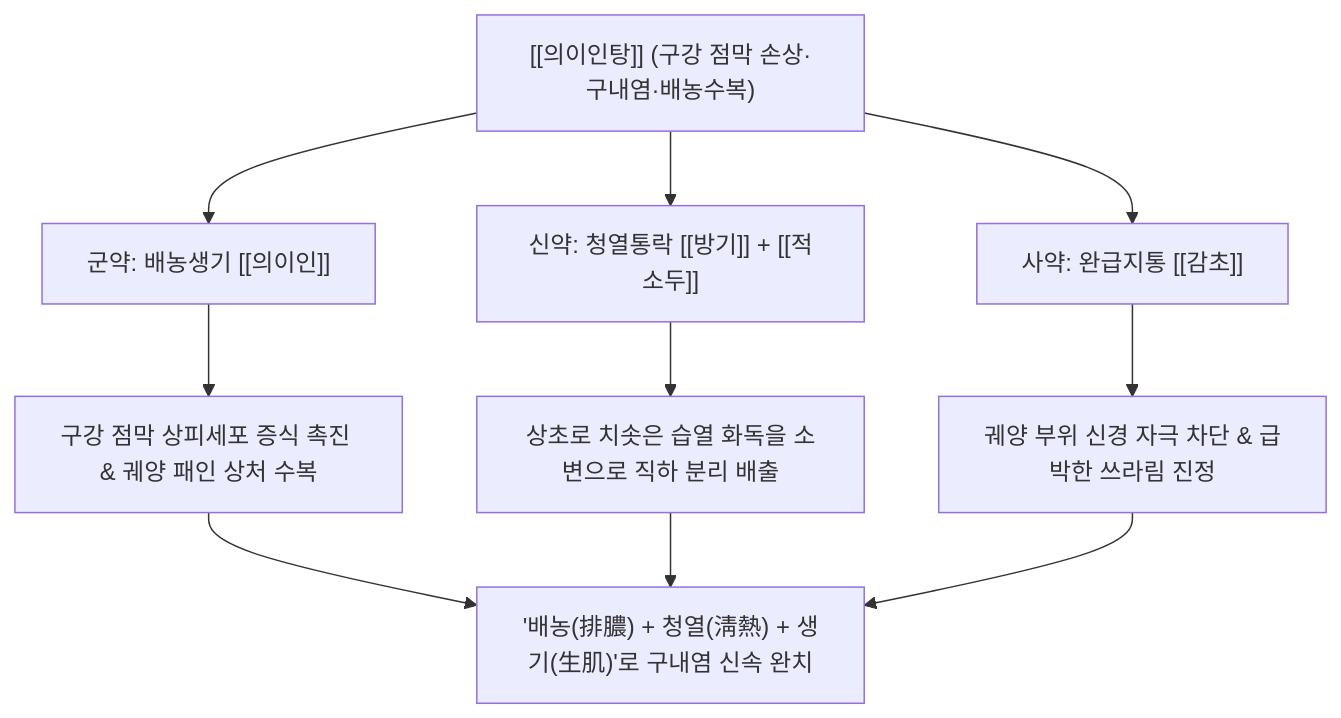
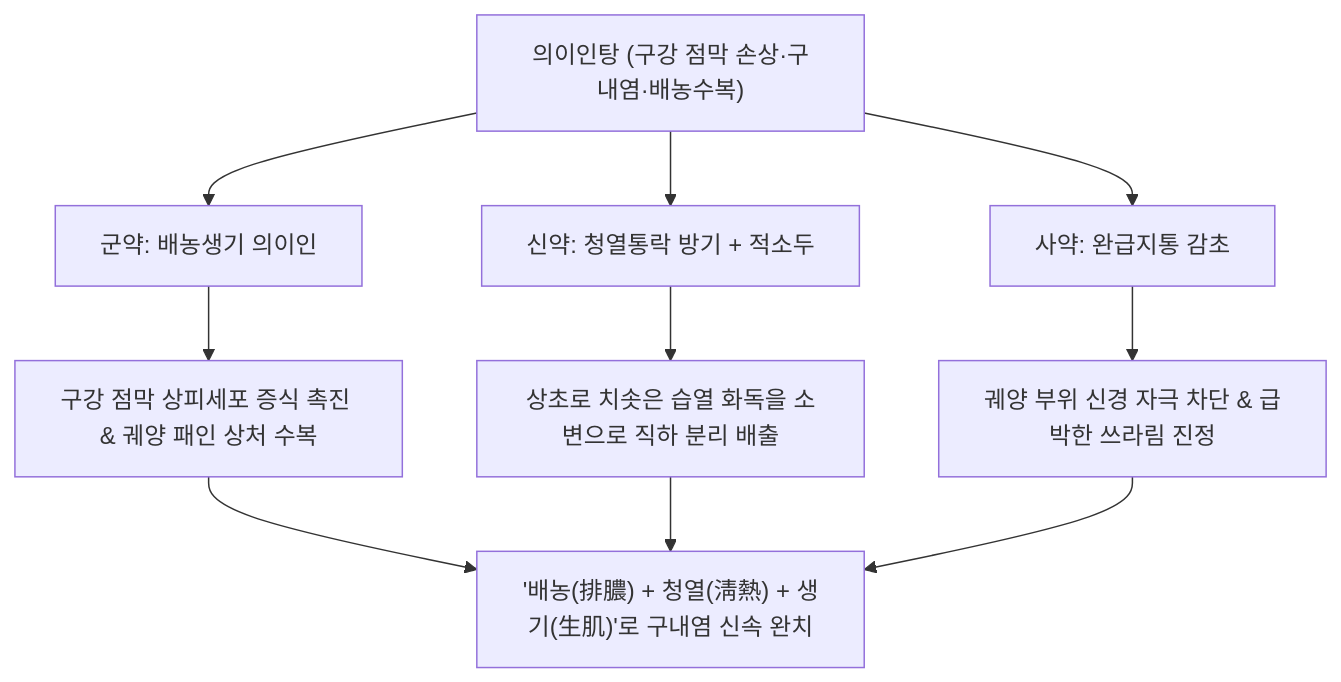
The diagram in content/2. 약리 공부/처방/03_화담·거습·이수제/의이인탕.md (simbio11/simbio-digital-garden2), drawn with Mermaid before and after one commit. The commit also changed other lines of this file and 323 other files, not shown here.

````diff
--- a/content/2. 약리 공부/처방/03_화담·거습·이수제/의이인탕.md
+++ b/content/2. 약리 공부/처방/03_화담·거습·이수제/의이인탕.md
@@ -44,12 +44,12 @@
 ```mermaid
 graph TD
-    A["[[의이인탕]] (구강 점막 손상·구내염·배농수복)"] --> B["군약: 배농생기 [[의이인]]"]
-    A --> C["신약: 청열통락 [[방기]] + [[적소두]]"]
-    A --> D["사약: 완급지통 [[감초]]"]
+    A["의이인탕 (구강 점막 손상·구내염·배농수복)"] --> B["군약: 배농생기 의이인"]
+    A --> C["신약: 청열통락 방기 + 적소두"]
+    A --> D["사약: 완급지통 감초"]
 
     B --> E["구강 점막 상피세포 증식 촉진 & 궤양 패인 상처 수복"]
     C --> F["상초로 치솟은 습열 화독을 소변으로 직하 분리 배출"]
     D --> G["궤양 부위 신경 자극 차단 & 급박한 쓰라림 진정"]
 
     E & F & G --> H["'배농(排膿) + 청열(淸熱) + 생기(生肌)'로 구내염 신속 완치"]
 ```
````
